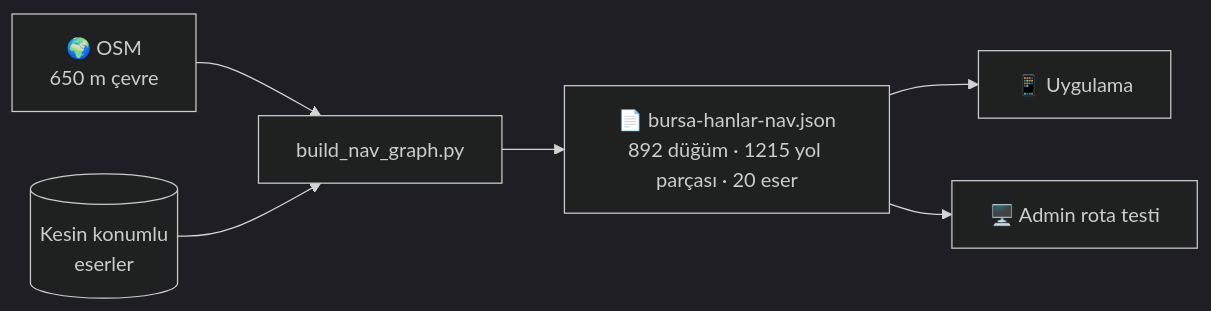
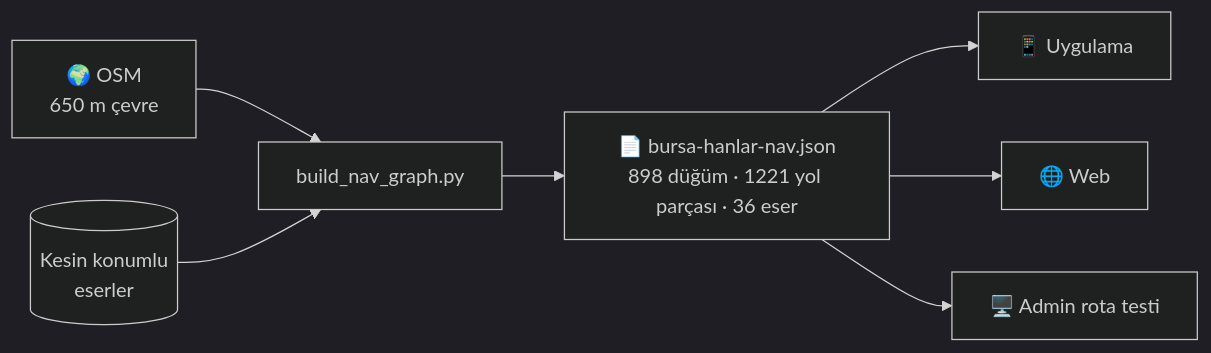
One commit to inciyanar/Sezi changed the fifth of 18 diagrams in NASIL-CALISIR.md. Above: the diagram before and after it, drawn with Mermaid (dark theme). The commit also changed other lines of this file, not shown here.

Commit message:
NASIL-CALISIR: web sitesi, turlar, duyu ipuçları, metin taslakları ve sade özetle güncellendi

````diff
--- a/NASIL-CALISIR.md
+++ b/NASIL-CALISIR.md
@@ -109,8 +135,9 @@
 ```mermaid
 flowchart LR
   O["🌍 OSM<br/>650 m çevre"] --> B["build_nav_graph.py"]
   W[("Kesin konumlu<br/>eserler")] --> B
-  B --> J["📄 bursa-hanlar-nav.json<br/>892 düğüm · 1215 yol parçası · 20 eser"]
+  B --> J["📄 bursa-hanlar-nav.json<br/>898 düğüm · 1221 yol parçası · 36 eser"]
   J --> APP["📱 Uygulama"]
+  J --> WEB["🌐 Web"]
   J --> ADM["🖥️ Admin rota testi"]
 ```
````
